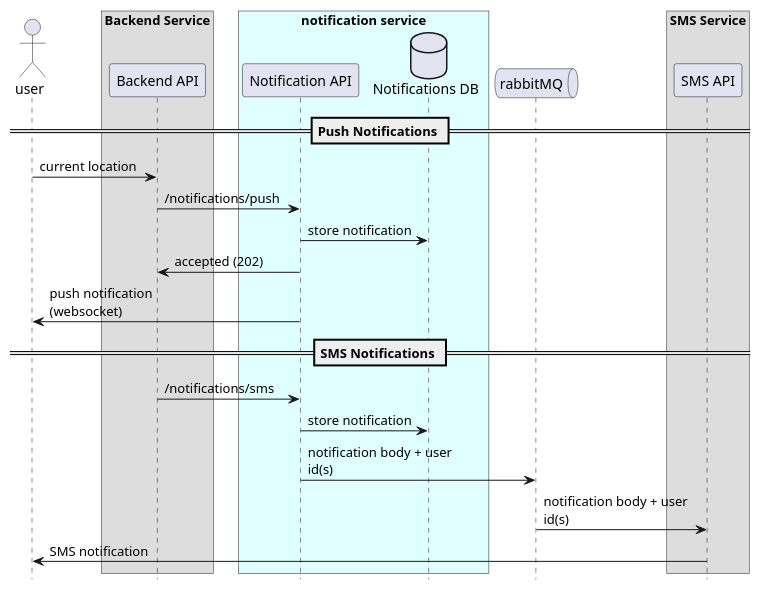
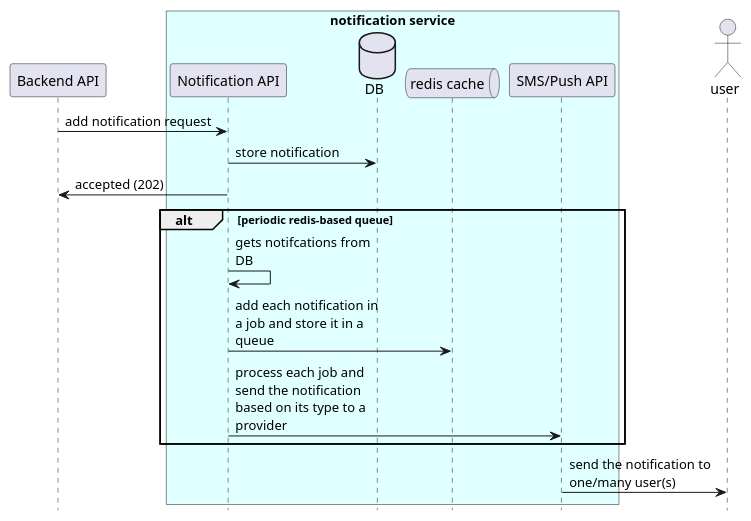
Before and after one commit to Sahl-A/swvl-notification-service-task: the diagram in diagrams/flow.sequenceDiagram-current.plantuml, drawn with PlantUML. The commit also changed 2 other files, not shown here.

Commit message:
Update diagrams

```diff
--- a/diagrams/flow.sequenceDiagram-current.plantuml
+++ b/diagrams/flow.sequenceDiagram-current.plantuml
@@ -1,33 +1,27 @@
 @startuml general-flow
 hide footbox
 skinparam maxMessageSize 150
-actor user
-box "Backend Service"  
-participant "Backend API" as bs
-end box
-box "notification service" #LightCyan
-participant "Notification API" as ns
-database "Notifications DB" as ndb
-end box
-queue rabbitMQ as q
-box "SMS Service"
-participant "SMS API" as ss 
-end box
-
-== Push Notifications ==
-user -> bs : current location  
-bs -> ns : /notifications/push
-ns -> ndb: store notification
-ns -> bs: accepted (202)
-ns -> user : push notification (websocket)
-== SMS Notifications ==
-bs -> ns: /notifications/sms
-ns -> ndb: store notification
-ns -> q: notification body + user id(s)
-q -> ss : notification body + user id(s)
-ss -> user : SMS notification
 
 
 
+participant "Backend API" as bs
 
+box "notification service" #LightCyan
+participant "Notification API" as ns
+database "DB" as ndb
+queue "redis cache" as q
+participant "SMS/Push API" as papi
+end box
+
+actor user
+
+bs -> ns : add notification request
+ns -> ndb: store notification
+ns -> bs: accepted (202)
+alt periodic redis-based queue
+  ns -> ns: gets notifcations from DB
+  ns -> q: add each notification in a job and store it in a queue
+  ns -> papi: process each job and send the notification based on its type to a provider
+end
+papi -> user: send the notification to one/many user(s)
 @enduml
```
